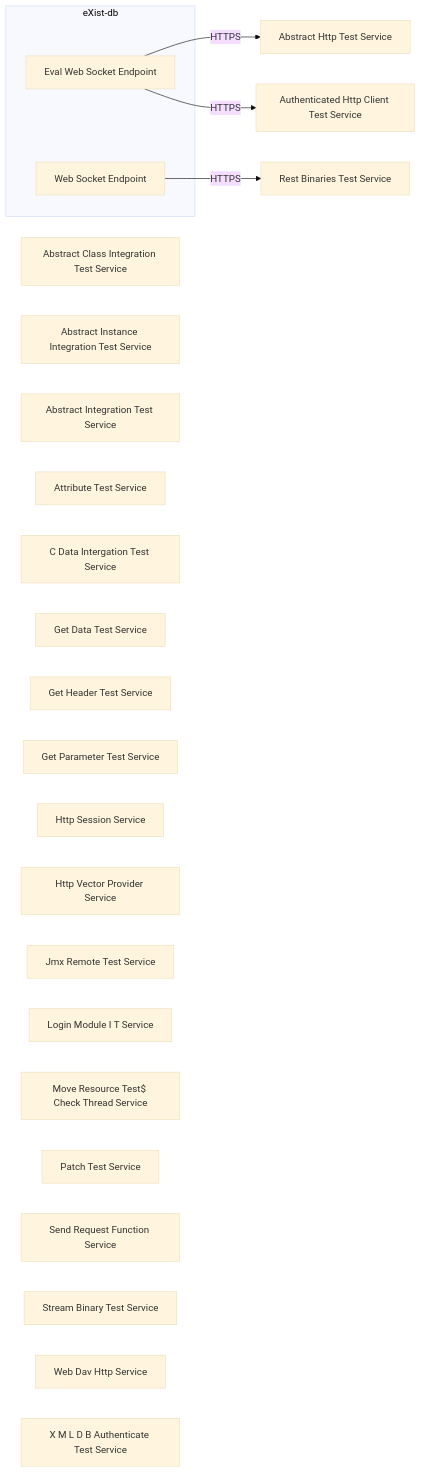
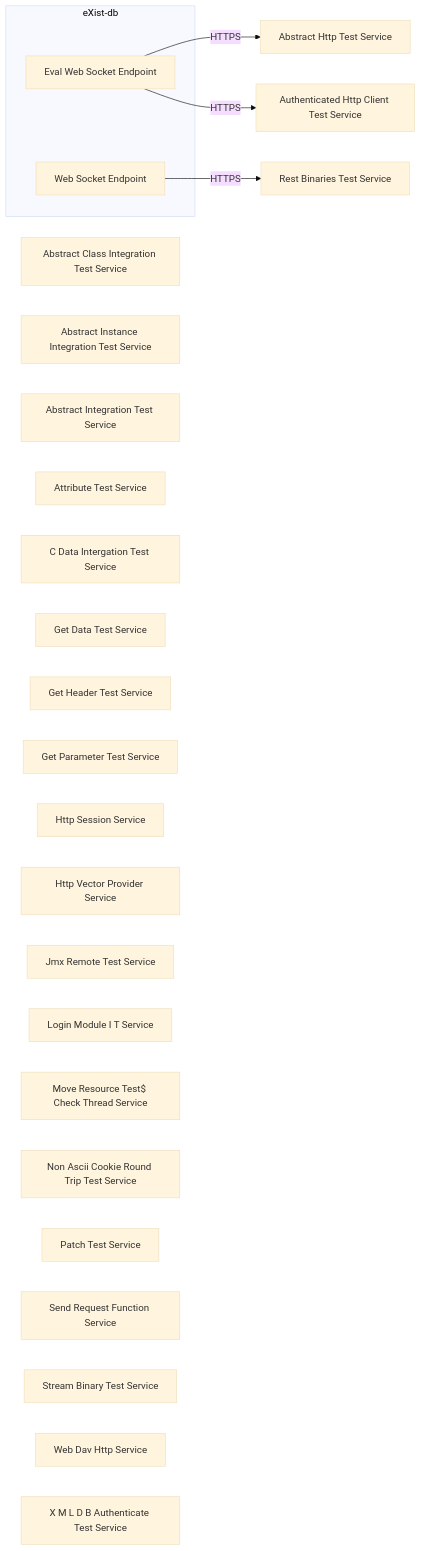
Before and after one commit to eXist-db/exist: the diagram in .moderne/context/architecture.md, drawn with Mermaid (base theme). The commit also changed other lines of this file and 15 other files, not shown here.

````diff
--- a/.moderne/context/architecture.md
+++ b/.moderne/context/architecture.md
@@ -5,33 +5,34 @@
 ```mermaid
 flowchart LR
   subgraph exist["eXist-db"]
     eval-web-socket-endpoint["Eval Web Socket Endpoint"]
     web-socket-endpoint["Web Socket Endpoint"]
   end
 
   abstract-class-integration-test-service["Abstract Class Integration Test Service"]
   abstract-http-test-service["Abstract Http Test Service"]
   abstract-instance-integration-test-service["Abstract Instance Integration Test Service"]
   abstract-integration-test-service["Abstract Integration Test Service"]
   attribute-test-service["Attribute Test Service"]
   authenticated-http-client-test-service["Authenticated Http Client Test Service"]
   c-data-intergation-test-service["C Data Intergation Test Service"]
   get-data-test-service["Get Data Test Service"]
   get-header-test-service["Get Header Test Service"]
   get-parameter-test-service["Get Parameter Test Service"]
   http-session-service["Http Session Service"]
   http-vector-provider-service["Http Vector Provider Service"]
   jmx-remote-test-service["Jmx Remote Test Service"]
   login-module-i-t-service["Login Module I T Service"]
   move-resource-test$-check-thread-service["Move Resource Test$ Check Thread Service"]
+  non-ascii-cookie-round-trip-test-service["Non Ascii Cookie Round Trip Test Service"]
   patch-test-service["Patch Test Service"]
   rest-binaries-test-service["Rest Binaries Test Service"]
   send-request-function-service["Send Request Function Service"]
   stream-binary-test-service["Stream Binary Test Service"]
   web-dav-http-service["Web Dav Http Service"]
   x-m-l-d-b-authenticate-test-service["X M L D B Authenticate Test Service"]
 
   eval-web-socket-endpoint -->|HTTPS| abstract-http-test-service
   eval-web-socket-endpoint -->|HTTPS| authenticated-http-client-test-service
   web-socket-endpoint -->|HTTPS| rest-binaries-test-service
 ```
````
